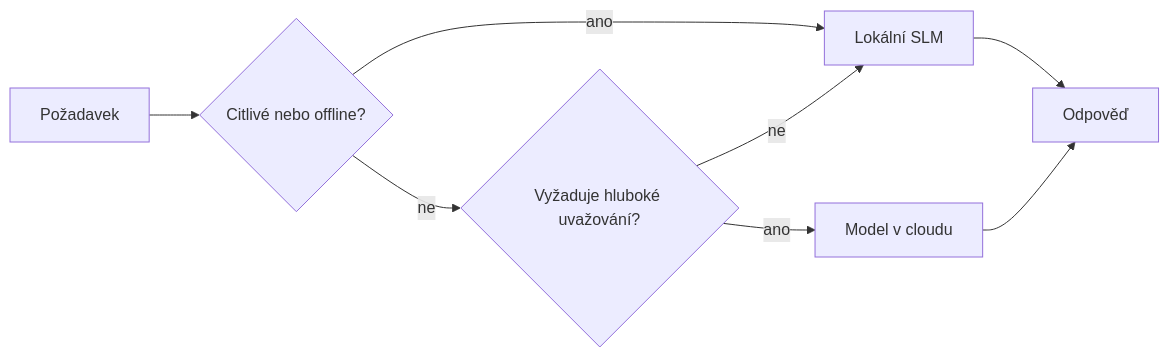
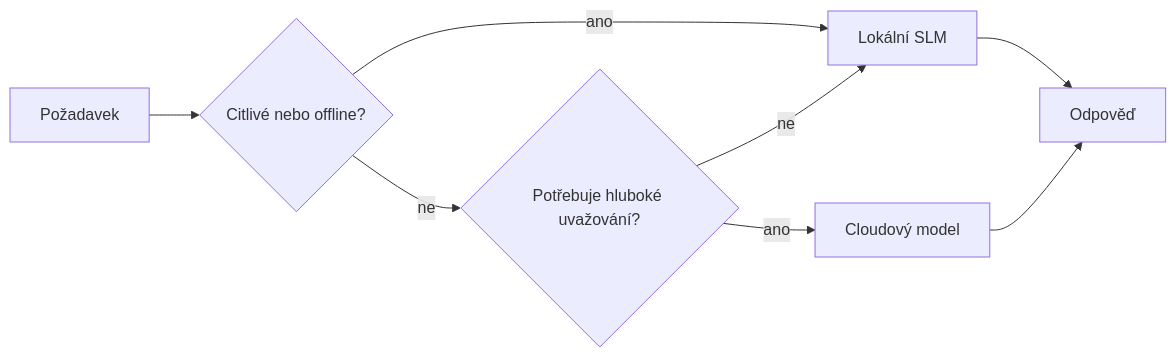
One commit to microsoft/ai-agents-for-beginners changed the fourth of 4 diagrams in translations/cs/17-creating-local-ai-agents/README.md. Above: the diagram before and after it, drawn with Mermaid. The commit also changed other lines of this file and 47 other files, not shown here.

````diff
--- a/translations/cs/17-creating-local-ai-agents/README.md
+++ b/translations/cs/17-creating-local-ai-agents/README.md
@@ -156,10 +156,10 @@
 ```mermaid
 flowchart LR
     Q[Požadavek] --> S{Citlivé nebo offline?}
     S -->|ano| L[Lokální SLM]
-    S -->|ne| C{Vyžaduje hluboké uvažování?}
+    S -->|ne| C{Potřebuje hluboké uvažování?}
     C -->|ne| L
-    C -->|ano| Cloud[Model v cloudu]
+    C -->|ano| Cloud[Cloudový model]
     L --> Out[Odpověď]
     Cloud --> Out
 ```
````
